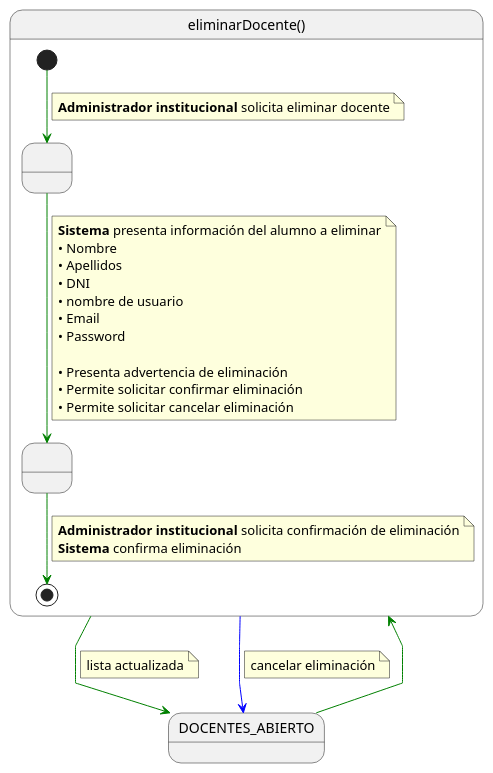
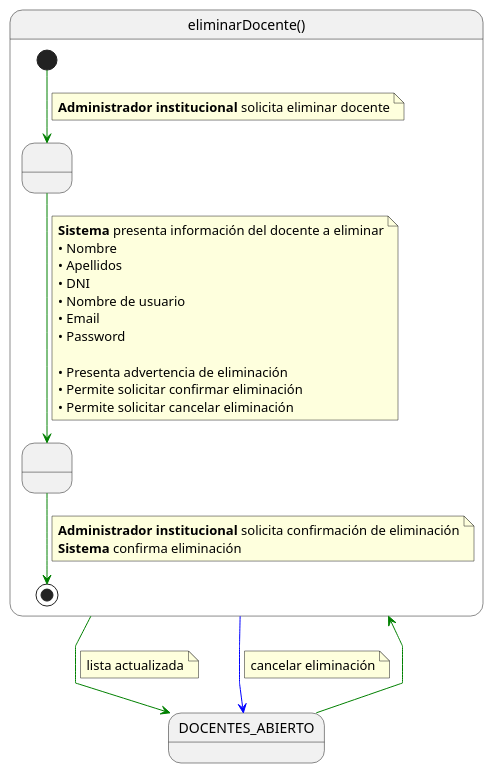
Before and after one commit to martinlopez7/25-26-IdSw1-SdR: the diagram in documents/casos-de-uso/detalladoCasosDeUso/eliminarDocente/eliminarDocente.puml, drawn with PlantUML. The commit also changed 26 other files, not shown here.

```diff
--- a/documents/casos-de-uso/detalladoCasosDeUso/eliminarDocente/eliminarDocente.puml
+++ b/documents/casos-de-uso/detalladoCasosDeUso/eliminarDocente/eliminarDocente.puml
@@ -1,48 +1,48 @@
 @startuml eliminarDocente
 skinparam linetype polyline
 
 state eliminarDocente as "eliminarDocente()" {
 
     state " " as ConfirmandoEliminacion
     state " " as EliminandoDocente
     
     [*] -[#green]-> ConfirmandoEliminacion
     note on link
     <b>Administrador institucional</b> solicita eliminar docente
     end note
     
     ConfirmandoEliminacion -[#green]-> EliminandoDocente
     note on link
-    <b>Sistema</b> presenta información del alumno a eliminar
+    <b>Sistema</b> presenta información del docente a eliminar
     • Nombre
     • Apellidos
     • DNI 
-    • nombre de usuario
+    • Nombre de usuario
     • Email 
     • Password 
     
     • Presenta advertencia de eliminación
     • Permite solicitar confirmar eliminación
     • Permite solicitar cancelar eliminación
     end note
     
     EliminandoDocente -[#green]-> [*]
     note on link
     <b>Administrador institucional</b> solicita confirmación de eliminación
     <b>Sistema</b> confirma eliminación
     end note
 }
 
 DOCENTES_ABIERTO -[#green]-> eliminarDocente
 
 eliminarDocente -[#green]-> DOCENTES_ABIERTO
 note on link
 lista actualizada
 end note
 
 eliminarDocente -[#blue]-> DOCENTES_ABIERTO
 note on link
 cancelar eliminación
 end note
 
 @enduml
```
